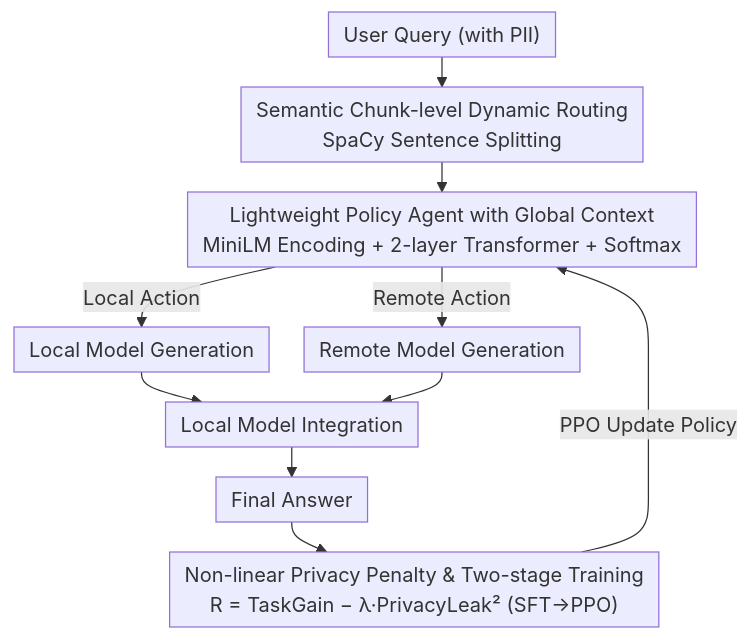
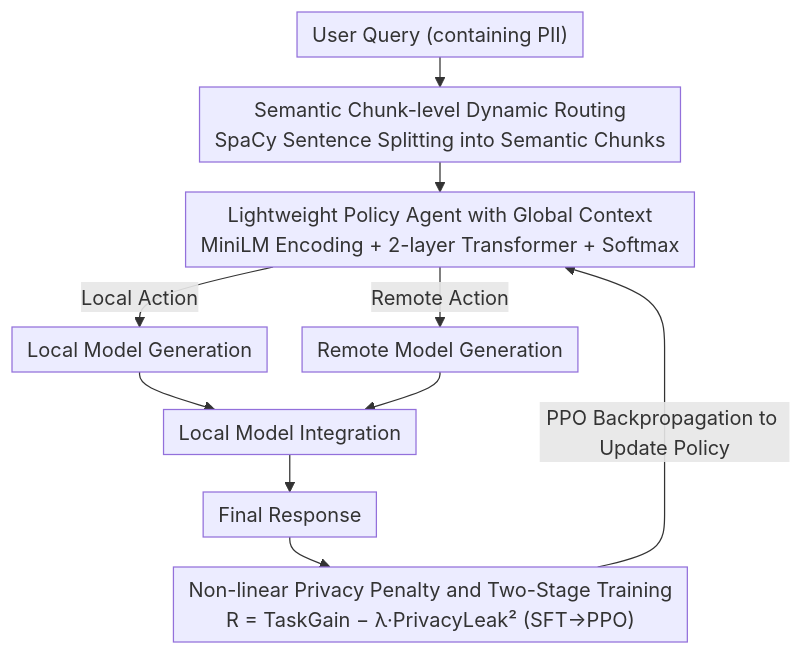
Before and after one commit to zhaoyang97/Paper-Notes-en: the diagram in docs/ACL2026/llm_safety/privacy-r1_privacy-aware_multi-llm_agent_collaboration_via_reinforcement_learnin.md, drawn with Mermaid. The commit also changed other lines of this file and 5084 other files, not shown here.

````diff
--- a/docs/ACL2026/llm_safety/privacy-r1_privacy-aware_multi-llm_agent_collaboration_via_reinforcement_learnin.md
+++ b/docs/ACL2026/llm_safety/privacy-r1_privacy-aware_multi-llm_agent_collaboration_via_reinforcement_learnin.md
@@ -43,13 +43,13 @@
 ```mermaid
 %%{init: {'flowchart': {'rankSpacing': 24, 'nodeSpacing': 28, 'padding': 6, 'wrappingWidth': 400}}}%%
 flowchart TD
-    A["User Query (with PII)"] --> B["Semantic Chunk-level Dynamic Routing<br/>SpaCy Sentence Splitting"]
+    A["User Query (containing PII)"] --> B["Semantic Chunk-level Dynamic Routing<br/>SpaCy Sentence Splitting into Semantic Chunks"]
     B --> C["Lightweight Policy Agent with Global Context<br/>MiniLM Encoding + 2-layer Transformer + Softmax"]
     C -->|Local Action| D["Local Model Generation"]
     C -->|Remote Action| E["Remote Model Generation"]
     D --> F["Local Model Integration"]
     E --> F
-    F --> G["Final Answer"]
-    G --> H["Non-linear Privacy Penalty & Two-stage Training<br/>R = TaskGain − λ·PrivacyLeak² (SFT→PPO)"]
-    H -->|PPO Update Policy| C
+    F --> G["Final Response"]
+    G --> H["Non-linear Privacy Penalty and Two-Stage Training<br/>R = TaskGain − λ·PrivacyLeak² (SFT→PPO)"]
+    H -->|PPO Backpropagation to Update Policy| C
 ```
````
